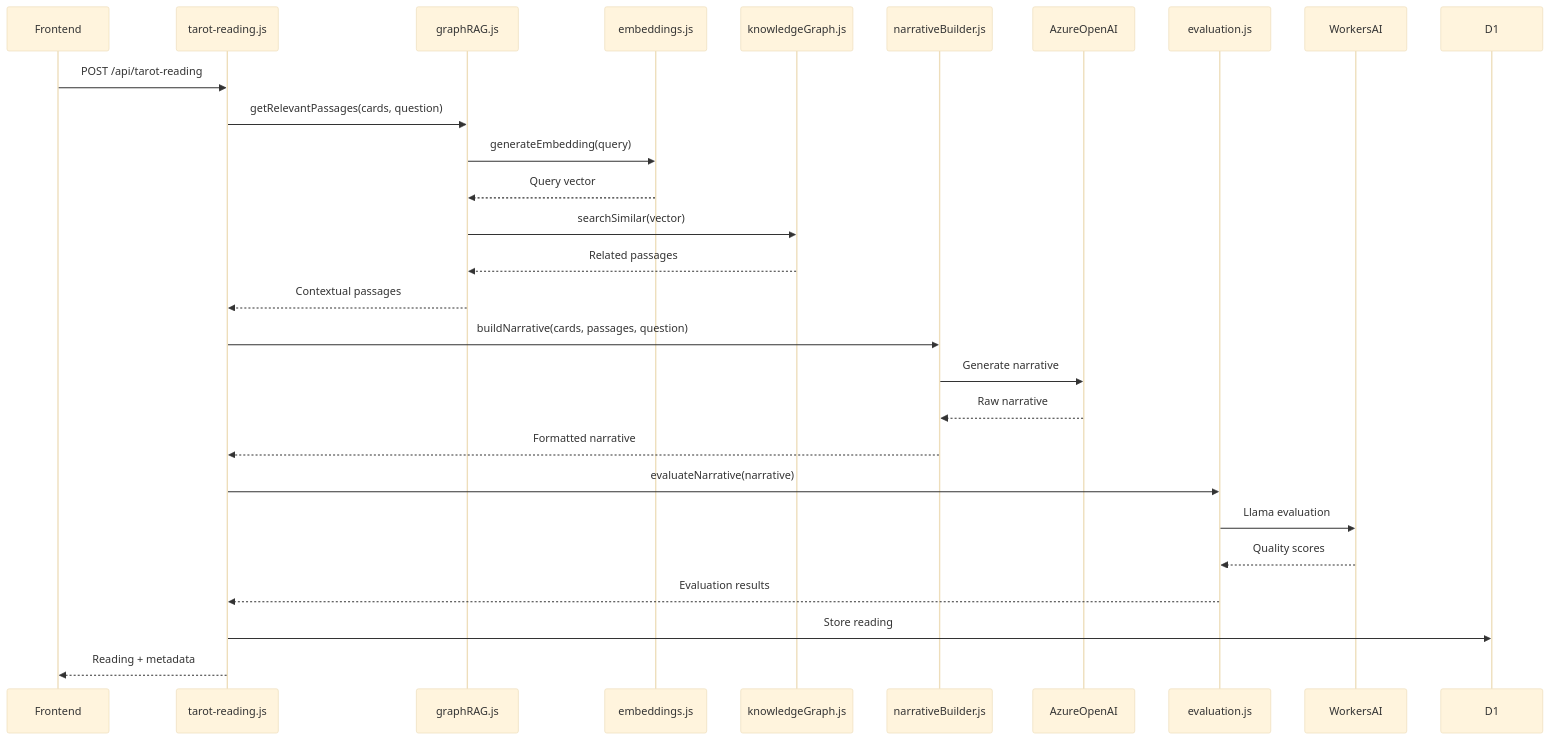
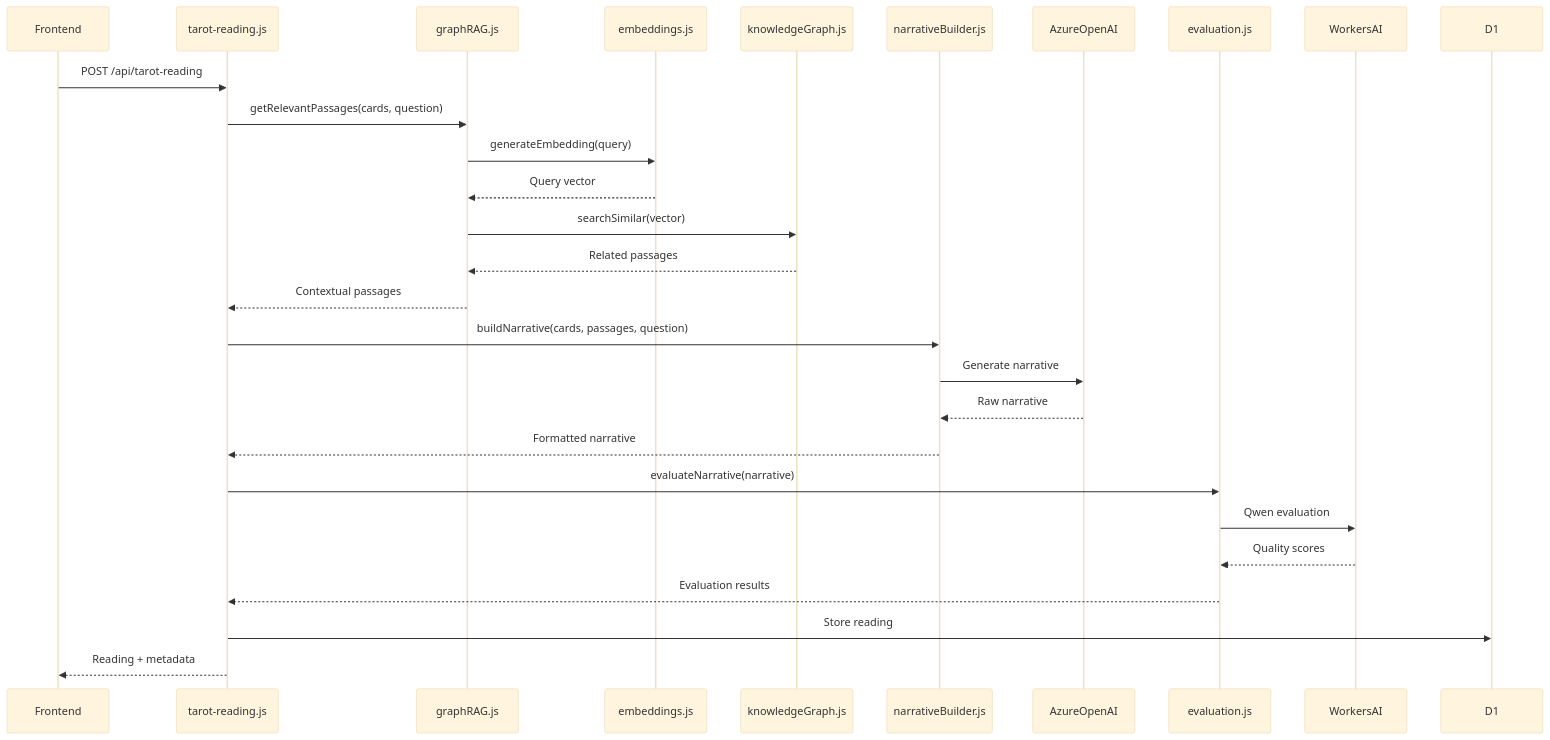
The ninth of 19 diagrams in docs/complete-architecture-diagram.md (henryperkins/tarot), drawn with Mermaid (base theme) before and after one commit. The commit also changed other lines of this file and 42 other files, not shown here.

````diff
--- a/docs/complete-architecture-diagram.md
+++ b/docs/complete-architecture-diagram.md
@@ -463,31 +487,31 @@
 ```mermaid
 sequenceDiagram
     participant Frontend
     participant ReadingAPI as tarot-reading.js
     participant GraphRAG as graphRAG.js
     participant Embeddings as embeddings.js
     participant KnowledgeGraph as knowledgeGraph.js
     participant NarrativeBuilder as narrativeBuilder.js
     participant AzureOpenAI
     participant Evaluation as evaluation.js
     participant WorkersAI
     participant D1
 
     Frontend->>ReadingAPI: POST /api/tarot-reading
     ReadingAPI->>GraphRAG: getRelevantPassages(cards, question)
     GraphRAG->>Embeddings: generateEmbedding(query)
     Embeddings-->>GraphRAG: Query vector
     GraphRAG->>KnowledgeGraph: searchSimilar(vector)
     KnowledgeGraph-->>GraphRAG: Related passages
     GraphRAG-->>ReadingAPI: Contextual passages
     ReadingAPI->>NarrativeBuilder: buildNarrative(cards, passages, question)
     NarrativeBuilder->>AzureOpenAI: Generate narrative
     AzureOpenAI-->>NarrativeBuilder: Raw narrative
     NarrativeBuilder-->>ReadingAPI: Formatted narrative
     ReadingAPI->>Evaluation: evaluateNarrative(narrative)
-    Evaluation->>WorkersAI: Llama evaluation
+    Evaluation->>WorkersAI: Qwen evaluation
     WorkersAI-->>Evaluation: Quality scores
     Evaluation-->>ReadingAPI: Evaluation results
     ReadingAPI->>D1: Store reading
     ReadingAPI-->>Frontend: Reading + metadata
 ```
````
